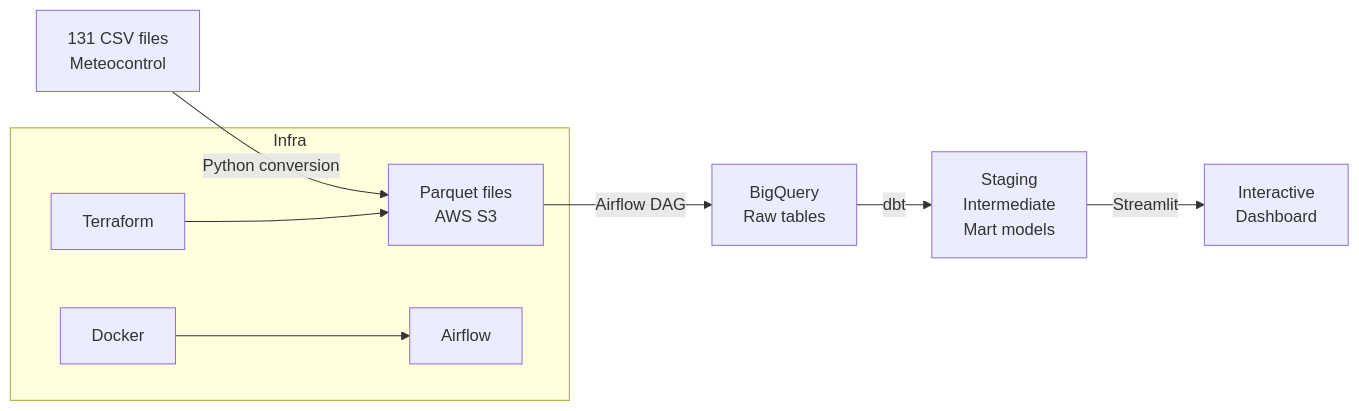
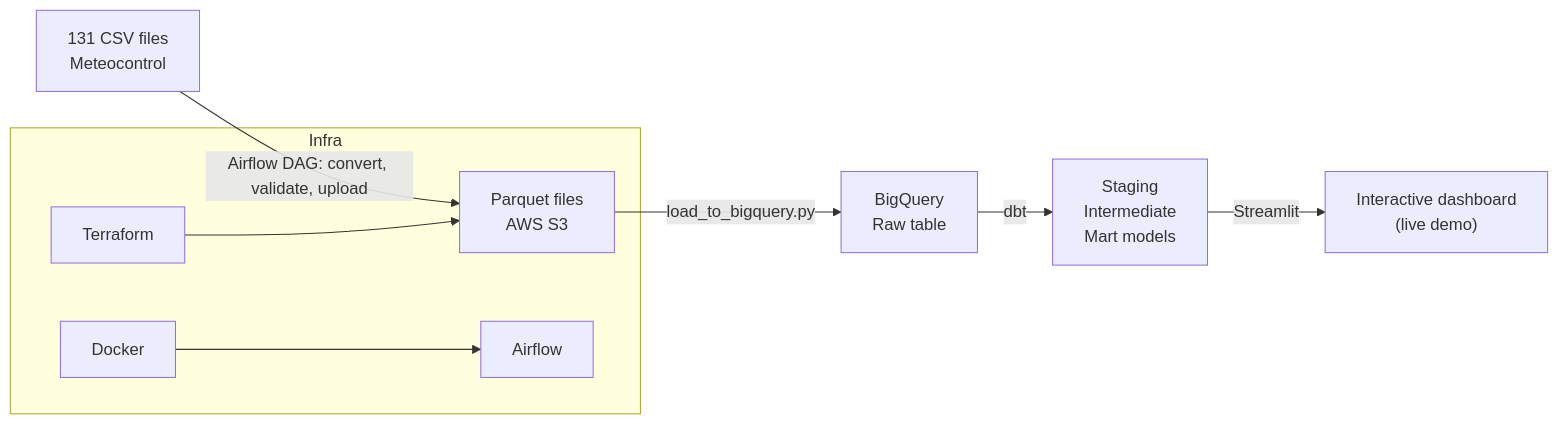
One commit to sergio-corredor-llopis/solar-analytics changed the diagram in README.md. Above: the diagram before and after it, drawn with Mermaid. The commit also changed other lines of this file and 1 other file, not shown here.

Commit message:
README + docs: accuracy review, live demo link, original-project note

````diff
--- a/README.md
+++ b/README.md
@@ -28,12 +31,12 @@
 ```mermaid
 flowchart LR
-    A["131 CSV files<br/>Meteocontrol"] -->|Python conversion| B["Parquet files<br/>AWS S3"]
-    B -->|Airflow DAG| C["BigQuery<br/>Raw tables"]
+    A["131 CSV files<br/>Meteocontrol"] -->|"Airflow DAG: convert, validate, upload"| B["Parquet files<br/>AWS S3"]
+    B -->|load_to_bigquery.py| C["BigQuery<br/>Raw table"]
     C -->|dbt| D["Staging<br/>Intermediate<br/>Mart models"]
-    D -->|Streamlit| E["Interactive<br/>Dashboard"]
+    D -->|Streamlit| E["Interactive dashboard<br/>(live demo)"]
 
     subgraph Infra
         F[Terraform] --> B
         G[Docker] --> H[Airflow]
     end
 ```
````
